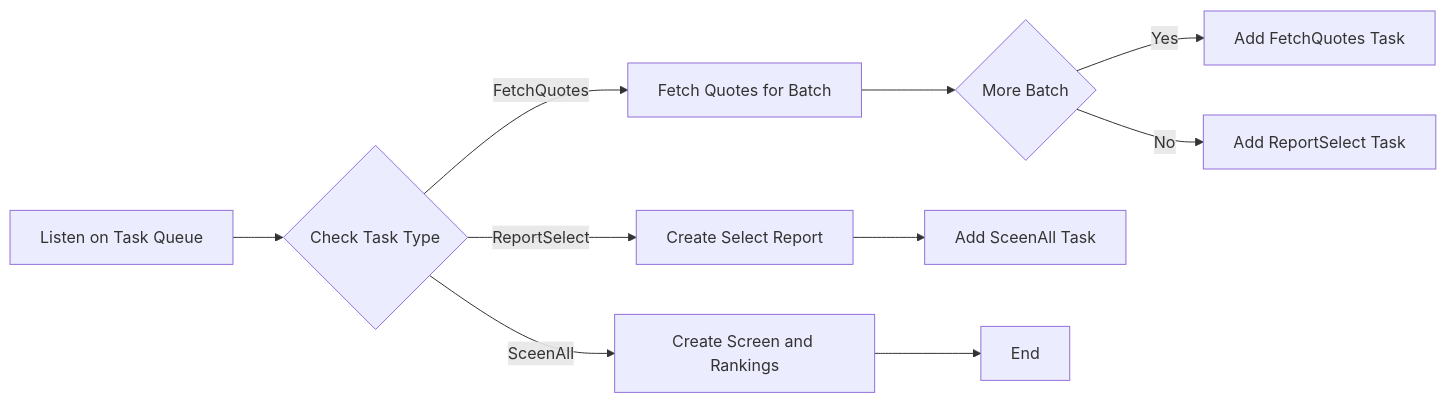
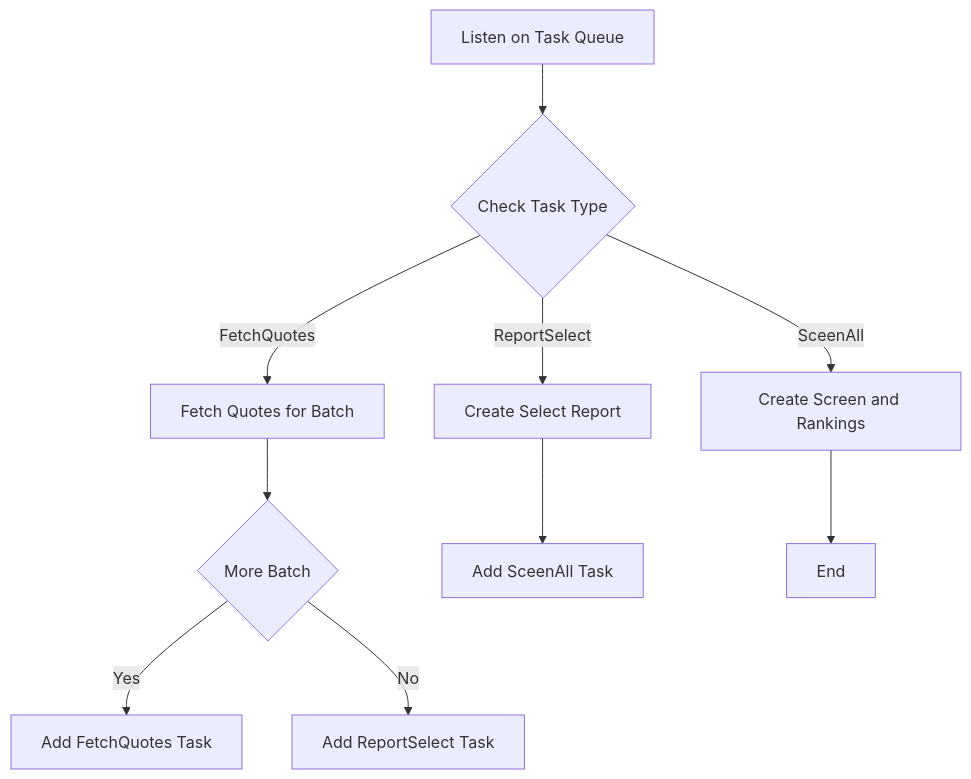
Before and after one commit to zujiancai/zujiancai.github.io: the third of 3 diagrams in _posts/2021-09-27-finana-project-design.md, drawn with Mermaid. The commit also changed other lines of this file, not shown here.

```diff
--- a/_posts/2021-09-27-finana-project-design.md
+++ b/_posts/2021-09-27-finana-project-design.md
@@ -276,12 +265,12 @@
-<div class="mermaid">
-    graph LR
-    A[Listen on Task Queue] --> B{Check Task Type}
-    B -->|FetchQuotes| C[Fetch Quotes for Batch]
-    B -->|ReportSelect| D[Create Select Report]
-    B -->|SceenAll| E[Create Screen and Rankings]
-    C --> F{More Batch}
-    F --> |Yes| G[Add FetchQuotes Task]
-    F --> |No| H[Add ReportSelect Task]
-    D --> I[Add SceenAll Task]
-    E --> J[End]
-</div>
+    <div class="mermaid">
+        graph TD
+        A[Listen on Task Queue] --> B{Check Task Type}
+        B -->|FetchQuotes| C[Fetch Quotes for Batch]
+        B -->|ReportSelect| D[Create Select Report]
+        B -->|SceenAll| E[Create Screen and Rankings]
+        C --> F{More Batch}
+        F --> |Yes| G[Add FetchQuotes Task]
+        F --> |No| H[Add ReportSelect Task]
+        D --> I[Add SceenAll Task]
+        E --> J[End]
+    </div>
```
